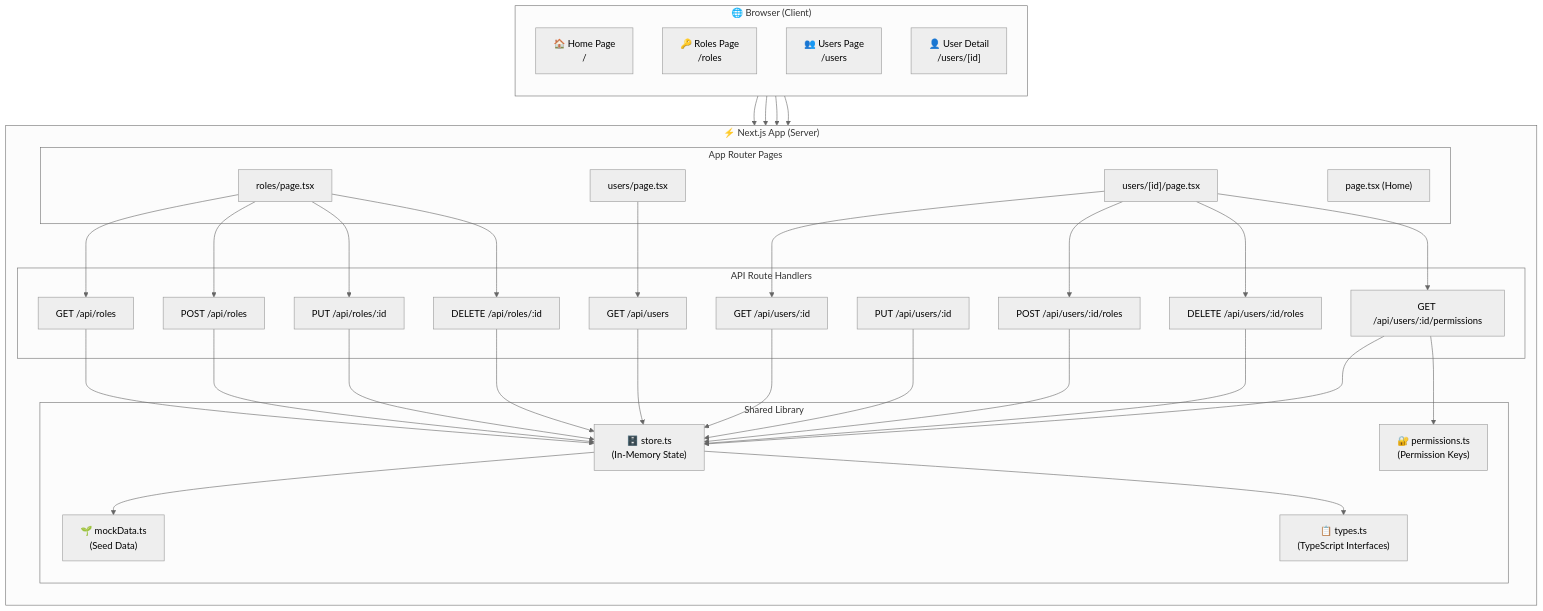
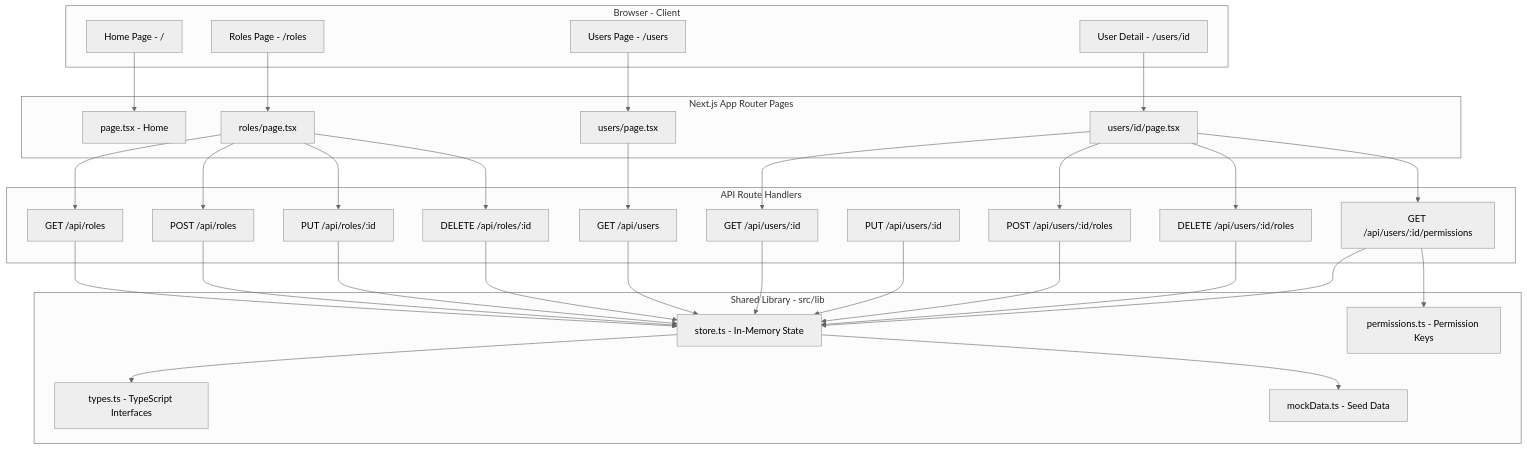
Before and after one commit to SubratGupta0506/workbench: the first of 4 diagrams in Architecture.md, drawn with Mermaid (neutral theme). The commit also changed other lines of this file, not shown here.

Commit message:
Solved the rendering issue in the Architecture

````diff
--- a/Architecture.md
+++ b/Architecture.md
@@ -117,70 +117,66 @@
 ```mermaid
 graph TB
-    subgraph Browser["🌐 Browser (Client)"]
-        direction TB
-        Home["🏠 Home Page\n/"]
-        RolesPage["🔑 Roles Page\n/roles"]
-        UsersPage["👥 Users Page\n/users"]
-        UserDetail["👤 User Detail\n/users/[id]"]
+    subgraph Browser[Browser - Client]
+        Home[Home Page - /]
+        RolesPage[Roles Page - /roles]
+        UsersPage[Users Page - /users]
+        UserDetail[User Detail - /users/id]
     end
 
-    subgraph NextJS["⚡ Next.js App (Server)"]
-        direction TB
-        subgraph Pages["App Router Pages"]
-            P1["page.tsx (Home)"]
-            P2["roles/page.tsx"]
-            P3["users/page.tsx"]
-            P4["users/[id]/page.tsx"]
-        end
+    subgraph Pages[Next.js App Router Pages]
+        P1[page.tsx - Home]
+        P2[roles/page.tsx]
+        P3[users/page.tsx]
+        P4[users/id/page.tsx]
+    end
 
-        subgraph API["API Route Handlers"]
-            A1["GET /api/roles"]
-            A2["POST /api/roles"]
-            A3["PUT /api/roles/:id"]
-            A4["DELETE /api/roles/:id"]
-            A5["GET /api/users"]
-            A6["GET /api/users/:id"]
-            A7["PUT /api/users/:id"]
-            A8["POST /api/users/:id/roles"]
-            A9["DELETE /api/users/:id/roles"]
-            A10["GET /api/users/:id/permissions"]
-        end
+    subgraph API[API Route Handlers]
+        A1[GET /api/roles]
+        A2[POST /api/roles]
+        A3[PUT /api/roles/:id]
+        A4[DELETE /api/roles/:id]
+        A5[GET /api/users]
+        A6[GET /api/users/:id]
+        A7[PUT /api/users/:id]
+        A8[POST /api/users/:id/roles]
+        A9[DELETE /api/users/:id/roles]
+        A10[GET /api/users/:id/permissions]
+    end
 
-        subgraph Lib["Shared Library"]
-            Store["🗄️ store.ts\n(In-Memory State)"]
-            Types["📋 types.ts\n(TypeScript Interfaces)"]
-            Perms["🔐 permissions.ts\n(Permission Keys)"]
-            Mock["🌱 mockData.ts\n(Seed Data)"]
-        end
+    subgraph Lib[Shared Library - src/lib]
+        Store[store.ts - In-Memory State]
+        Types[types.ts - TypeScript Interfaces]
+        Perms[permissions.ts - Permission Keys]
+        Mock[mockData.ts - Seed Data]
     end
 
     Home --> P1
     RolesPage --> P2
     UsersPage --> P3
     UserDetail --> P4
 
     P2 --> A1
     P2 --> A2
     P2 --> A3
     P2 --> A4
     P3 --> A5
     P4 --> A6
     P4 --> A8
     P4 --> A9
     P4 --> A10
 
     A1 --> Store
     A2 --> Store
     A3 --> Store
     A4 --> Store
     A5 --> Store
     A6 --> Store
     A7 --> Store
     A8 --> Store
     A9 --> Store
     A10 --> Store
 
     Store --> Mock
     Store --> Types
     A10 --> Perms
 ```
````
